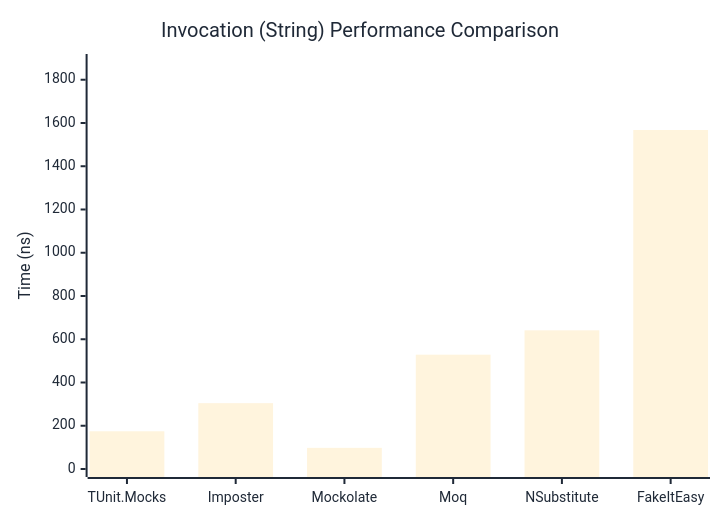
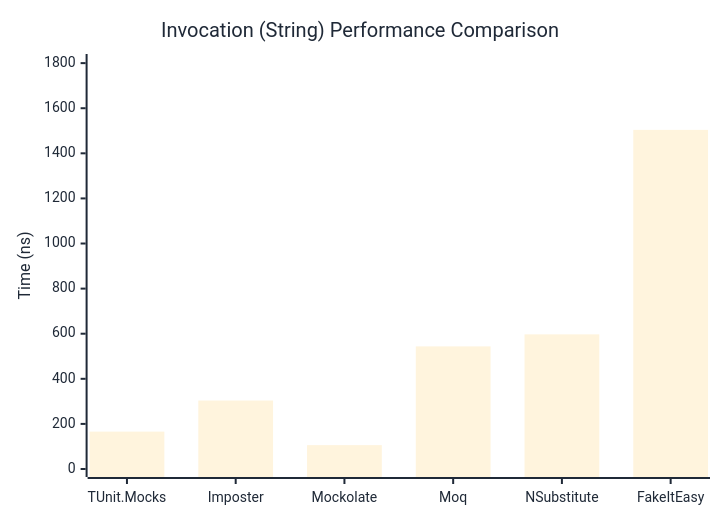
The second of 3 diagrams in docs/docs/benchmarks/mocks/Invocation.md (thomhurst/TUnit), drawn with Mermaid before and after one commit. The commit also changed other lines of this file and 14 other files, not shown here.

````diff
--- a/docs/docs/benchmarks/mocks/Invocation.md
+++ b/docs/docs/benchmarks/mocks/Invocation.md
@@ -71,27 +71,27 @@
 ```mermaid
 %%{init: {
   'theme':'base',
   'themeVariables': {
     'primaryColor': '#2563eb',
     'primaryTextColor': '#1f2937',
     'primaryBorderColor': '#1e40af',
     'lineColor': '#6b7280',
     'secondaryColor': '#7c3aed',
     'tertiaryColor': '#dc2626',
     'background': '#ffffff',
     'pie1': '#2563eb',
     'pie2': '#7c3aed',
     'pie3': '#dc2626',
     'pie4': '#f59e0b',
     'pie5': '#10b981',
     'pie6': '#06b6d4',
     'pie7': '#ec4899',
     'pie8': '#6366f1'
   }
 }}%%
 xychart-beta
   title "Invocation (String) Performance Comparison"
   x-axis ["TUnit.Mocks", "Imposter", "Mockolate", "Moq", "NSubstitute", "FakeItEasy"]
-  y-axis "Time (ns)" 0 --> 1882
-  bar [174.37, 304.46, 97.77, 528.66, 641.27, 1567.58]
+  y-axis "Time (ns)" 0 --> 1805
+  bar [165.8, 303.7, 105.8, 543.8, 597.1, 1504]
 ```
````
